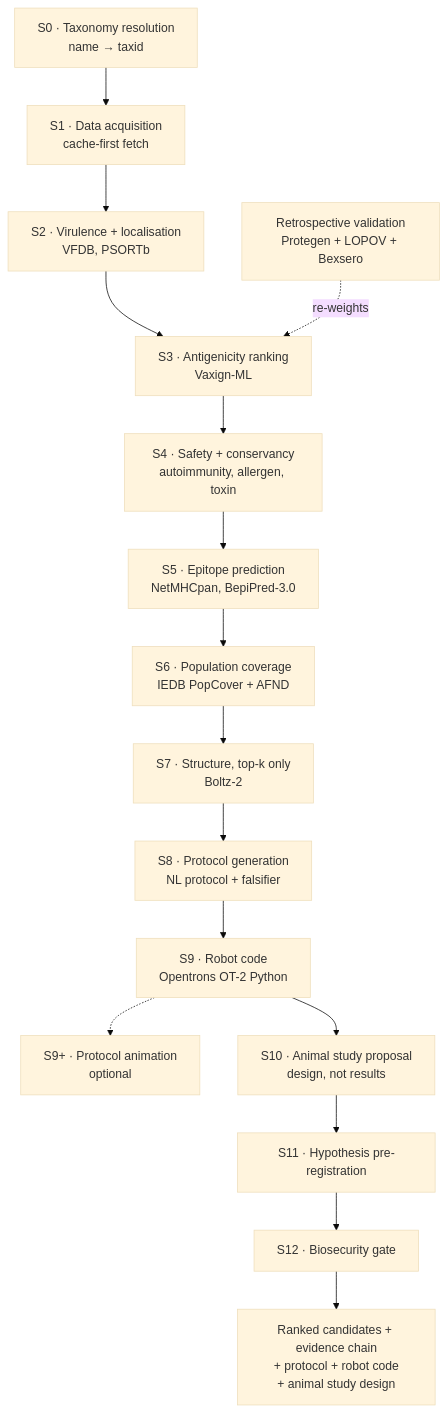
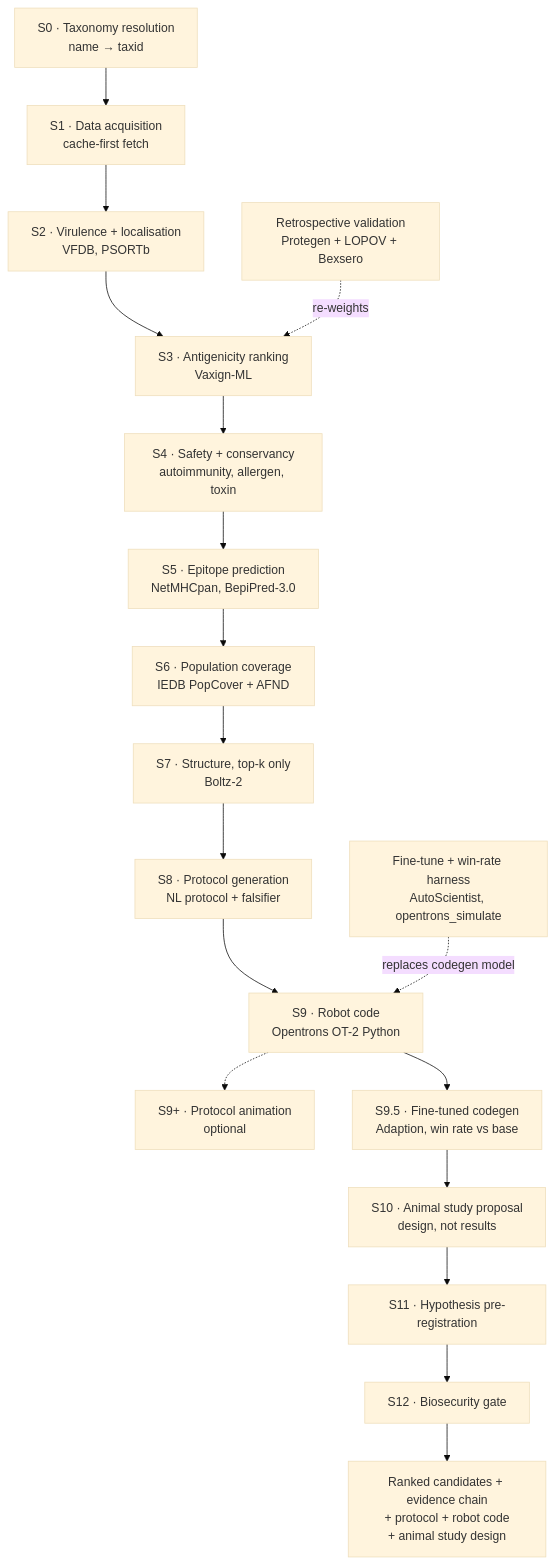
The diagram in README.md (Abeeekoala/IC-AI-Hack), drawn with Mermaid (base theme) before and after one commit. The commit also changed other lines of this file, not shown here.

First line of the commit message:
Add S9.5: fine-tuned protocol-code generation (Adaption) to the README

````diff
--- a/README.md
+++ b/README.md
@@ -32,18 +32,20 @@
 ```mermaid
 flowchart TD
     A["S0 · Taxonomy resolution<br/>name → taxid"] --> B["S1 · Data acquisition<br/>cache-first fetch"]
     B --> C["S2 · Virulence + localisation<br/>VFDB, PSORTb"]
     C --> D["S3 · Antigenicity ranking<br/>Vaxign-ML"]
     D --> E["S4 · Safety + conservancy<br/>autoimmunity, allergen, toxin"]
     E --> F["S5 · Epitope prediction<br/>NetMHCpan, BepiPred-3.0"]
     F --> G["S6 · Population coverage<br/>IEDB PopCover + AFND"]
     G --> H["S7 · Structure, top-k only<br/>Boltz-2"]
     H --> I["S8 · Protocol generation<br/>NL protocol + falsifier"]
     I --> J["S9 · Robot code<br/>Opentrons OT-2 Python"]
     J -.-> J2["S9+ · Protocol animation<br/>optional"]
-    J --> AN["S10 · Animal study proposal<br/>design, not results"]
+    J --> J5["S9.5 · Fine-tuned codegen<br/>Adaption, win rate vs base"]
+    J5 --> AN["S10 · Animal study proposal<br/>design, not results"]
     AN --> K["S11 · Hypothesis pre-registration"]
     K --> L["S12 · Biosecurity gate"]
     L --> M["Ranked candidates + evidence chain<br/>+ protocol + robot code<br/>+ animal study design"]
     V["Retrospective validation<br/>Protegen + LOPOV + Bexsero"] -.->|re-weights| D
+    W["Fine-tune + win-rate harness<br/>AutoScientist, opentrons_simulate"] -.->|replaces codegen model| J
 ```
````
